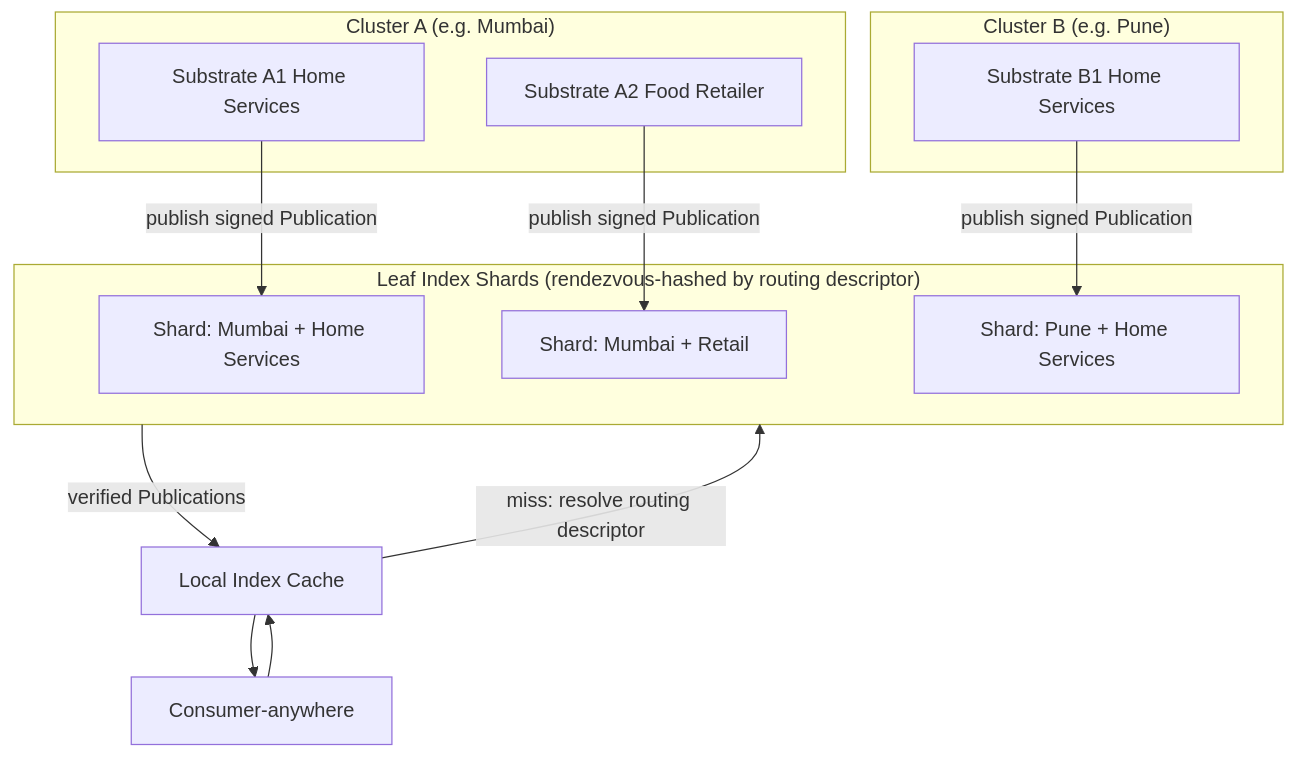
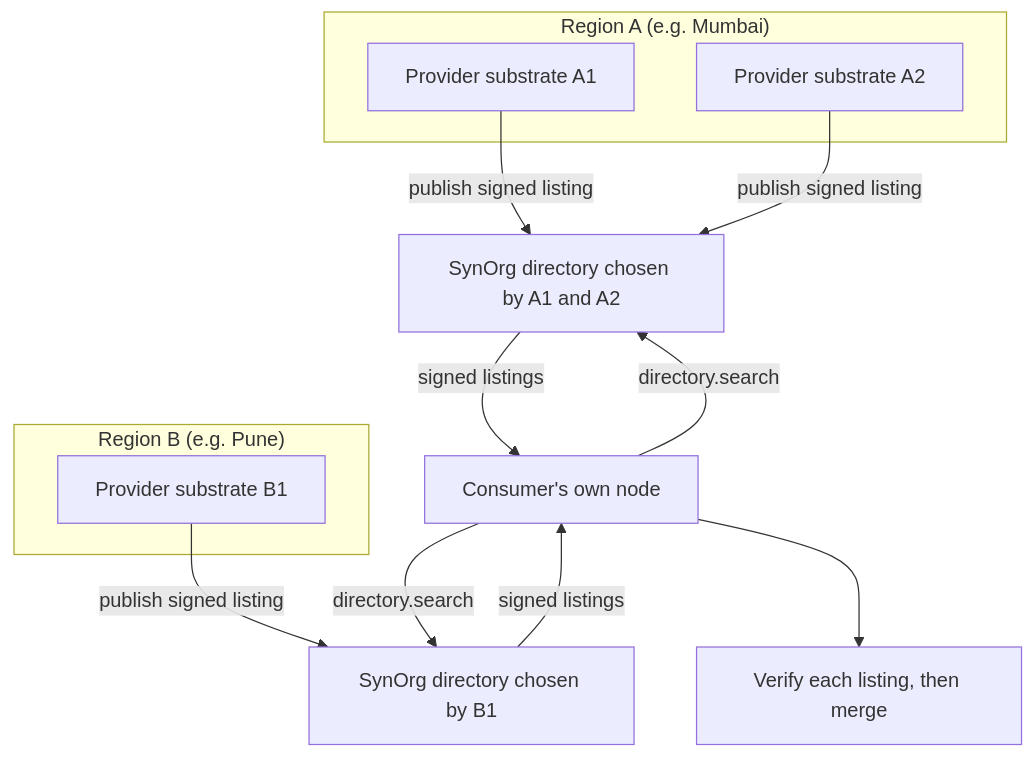
Before and after one commit to syneroym/syneroym: diagram 19 of 23 in docs/system-architecture.md, drawn with Mermaid. The commit also changed other lines of this file and 15 other files, not shown here.

First line of the commit message:
docs(architecture): apply audit fixes (#293)

````diff
--- a/docs/system-architecture.md
+++ b/docs/system-architecture.md
@@ -928,26 +1295,25 @@
 ```mermaid
 flowchart TD
-    subgraph CLUSTER_A["Cluster A (e.g. Mumbai)"]
-        SA1[Substrate A1 Home Services]
-        SA2[Substrate A2 Food Retailer]
+    subgraph REGION_A["Region A (e.g. Mumbai)"]
+        SA1[Provider substrate A1]
+        SA2[Provider substrate A2]
     end
 
-    subgraph CLUSTER_B["Cluster B (e.g. Pune)"]
-        SB1[Substrate B1 Home Services]
+    subgraph REGION_B["Region B (e.g. Pune)"]
+        SB1[Provider substrate B1]
     end
 
-    subgraph LEAVES["Leaf Index Shards (rendezvous-hashed by routing descriptor)"]
-        SHARD1[Shard: Mumbai + Home Services]
-        SHARD2[Shard: Mumbai + Retail]
-        SHARD3[Shard: Pune + Home Services]
-    end
+    DIR_A[SynOrg directory chosen by A1 and A2]
+    DIR_B[SynOrg directory chosen by B1]
+    CONSUMER3[Consumer's own node]
 
-    CONSUMER3[Consumer-anywhere] --> LOCAL_CACHE[Local Index Cache]
-    LOCAL_CACHE -->|"miss: resolve routing descriptor"| LEAVES
-    LEAVES -->|"verified Publications"| LOCAL_CACHE
-    LOCAL_CACHE --> CONSUMER3
+    SA1 -->|"publish signed listing"| DIR_A
+    SA2 -->|"publish signed listing"| DIR_A
+    SB1 -->|"publish signed listing"| DIR_B
 
-    SA1 -->|"publish signed Publication"| SHARD1
-    SA2 -->|"publish signed Publication"| SHARD2
-    SB1 -->|"publish signed Publication"| SHARD3
+    CONSUMER3 -->|"directory.search"| DIR_A
+    CONSUMER3 -->|"directory.search"| DIR_B
+    DIR_A -->|"signed listings"| CONSUMER3
+    DIR_B -->|"signed listings"| CONSUMER3
+    CONSUMER3 --> VERIFY[Verify each listing, then merge]
 ```
````
